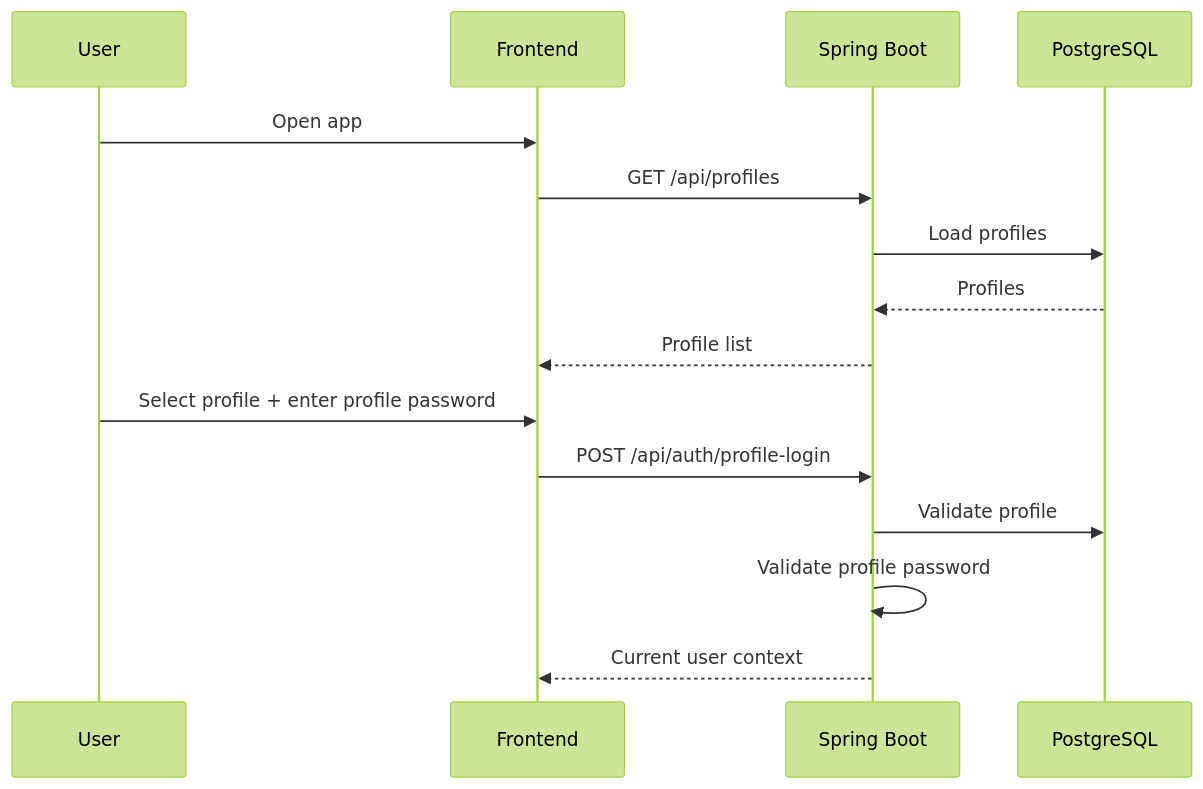
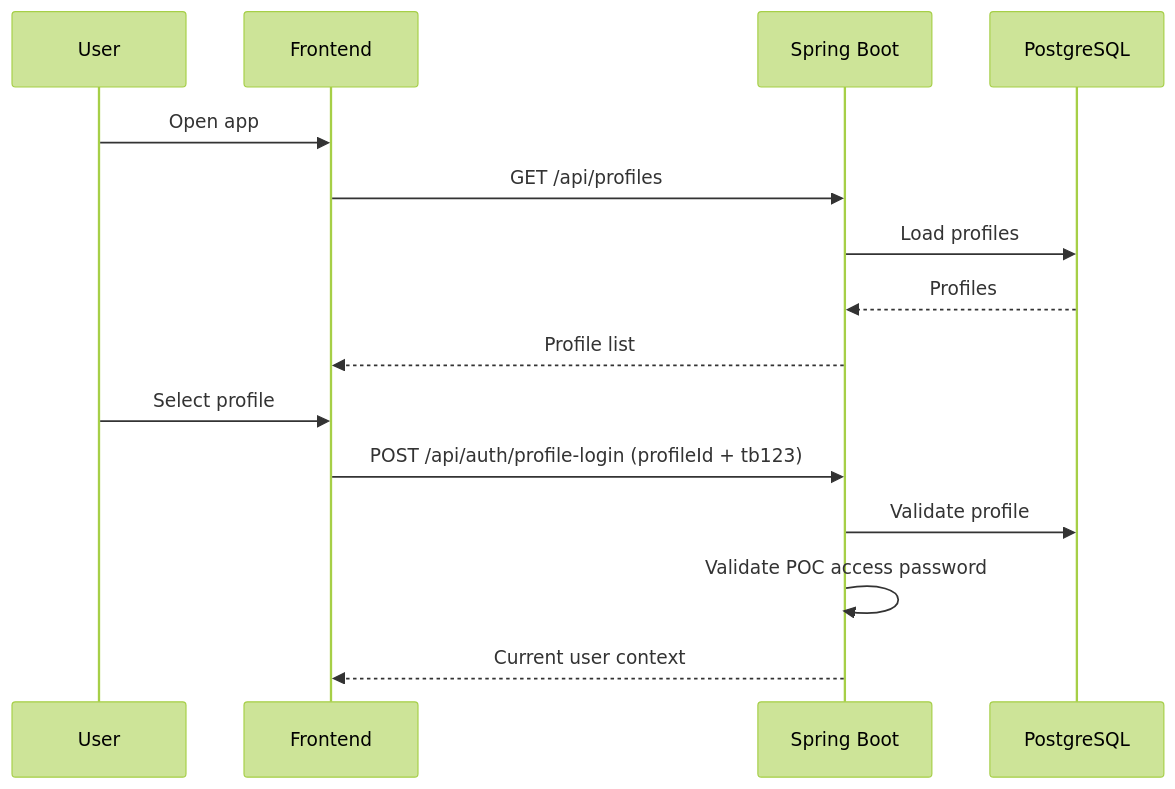
One commit to VictorZhong/chat2pay changed the second of 4 diagrams in docs/01-system_design.md. Above: the diagram before and after it, drawn with Mermaid (forest theme). The commit also changed other lines of this file and 17 other files, not shown here.

````diff
--- a/docs/01-system_design.md
+++ b/docs/01-system_design.md
@@ -408,19 +408,19 @@
 ```mermaid
 sequenceDiagram
     participant U as User
     participant FE as Frontend
     participant API as Spring Boot
     participant DB as PostgreSQL
 
     U->>FE: Open app
     FE->>API: GET /api/profiles
     API->>DB: Load profiles
     DB-->>API: Profiles
     API-->>FE: Profile list
 
-    U->>FE: Select profile + enter profile password
-    FE->>API: POST /api/auth/profile-login
+    U->>FE: Select profile
+    FE->>API: POST /api/auth/profile-login (profileId + tb123)
     API->>DB: Validate profile
-    API->>API: Validate profile password
+    API->>API: Validate POC access password
     API-->>FE: Current user context
 ```
````
